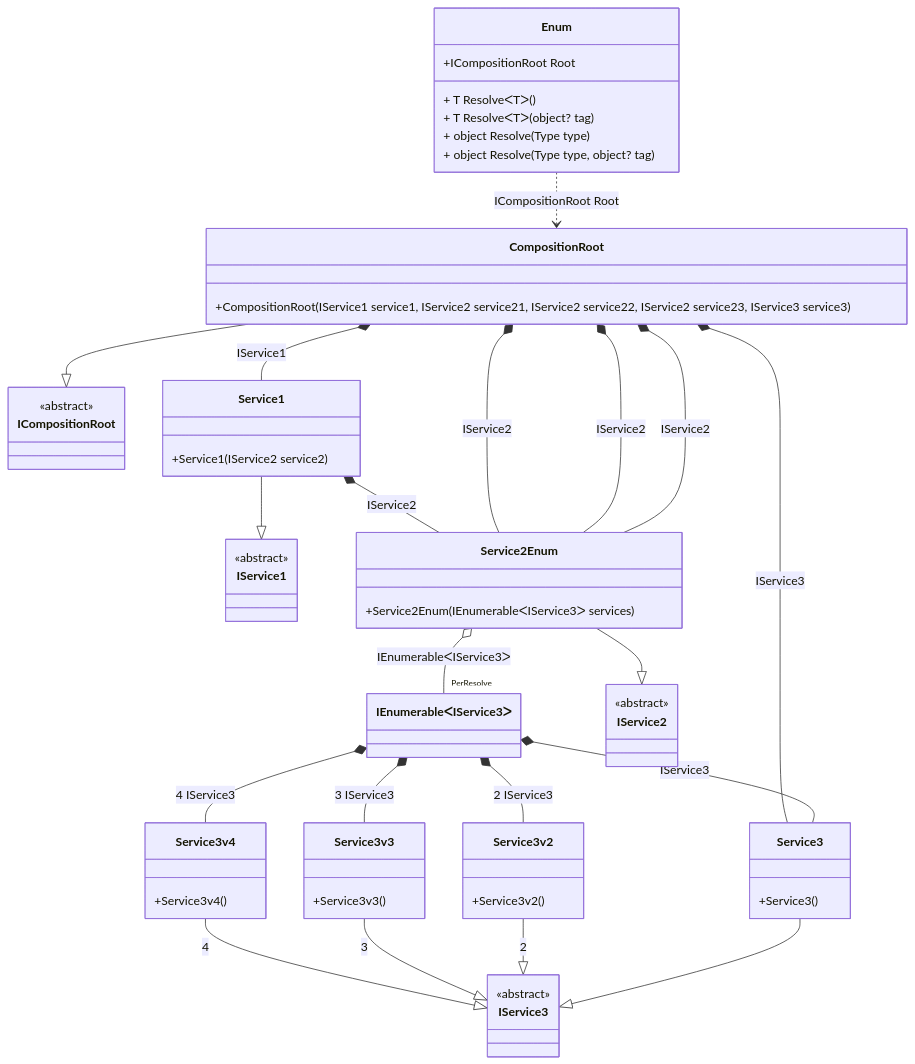
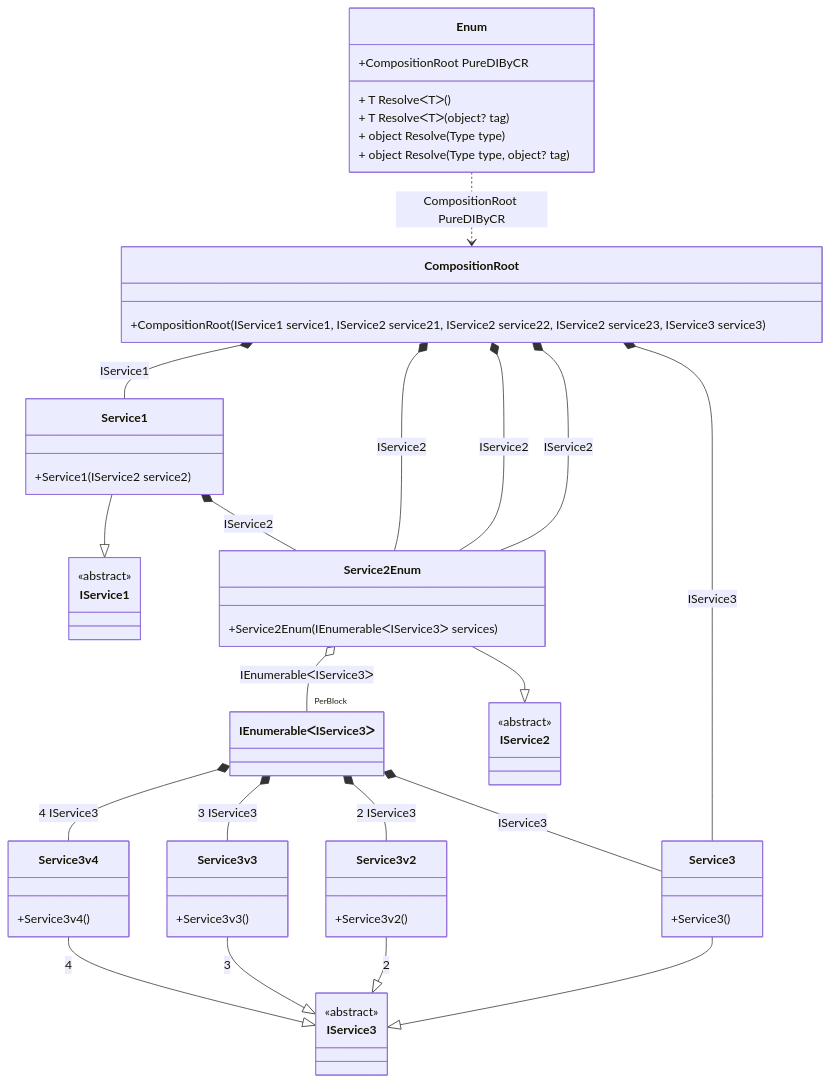
The diagram in readme/EnumDetails.md (DevTeam/Pure.DI), drawn with Mermaid before and after one commit. The commit also changed other lines of this file and 72 other files, not shown here.

````diff
--- a/readme/EnumDetails.md
+++ b/readme/EnumDetails.md
@@ -6,63 +6,59 @@
 ```mermaid
 classDiagram
   class Enum {
-    +ICompositionRoot Root
+    +CompositionRoot PureDIByCR
     + T ResolveᐸTᐳ()
     + T ResolveᐸTᐳ(object? tag)
     + object Resolve(Type type)
     + object Resolve(Type type, object? tag)
   }
-  class IEnumerableᐸIService3ᐳ
-  CompositionRoot --|> ICompositionRoot : 
   class CompositionRoot {
     +CompositionRoot(IService1 service1, IService2 service21, IService2 service22, IService2 service23, IService3 service3)
   }
+  class IEnumerableᐸIService3ᐳ
   Service1 --|> IService1 : 
   class Service1 {
     +Service1(IService2 service2)
   }
   Service2Enum --|> IService2 : 
   class Service2Enum {
     +Service2Enum(IEnumerableᐸIService3ᐳ services)
   }
   Service3 --|> IService3 : 
   class Service3 {
     +Service3()
   }
   Service3v2 --|> IService3 : 2 
   class Service3v2 {
     +Service3v2()
   }
   Service3v3 --|> IService3 : 3 
   class Service3v3 {
     +Service3v3()
   }
   Service3v4 --|> IService3 : 4 
   class Service3v4 {
     +Service3v4()
   }
-  class ICompositionRoot {
-    <<abstract>>
-  }
   class IService1 {
     <<abstract>>
   }
   class IService2 {
     <<abstract>>
   }
   class IService3 {
     <<abstract>>
   }
-  IEnumerableᐸIService3ᐳ *--  Service3 : IService3
-  IEnumerableᐸIService3ᐳ *--  Service3v2 : 2  IService3
-  IEnumerableᐸIService3ᐳ *--  Service3v3 : 3  IService3
-  IEnumerableᐸIService3ᐳ *--  Service3v4 : 4  IService3
   CompositionRoot *--  Service1 : IService1
   CompositionRoot *--  Service2Enum : IService2
   CompositionRoot *--  Service2Enum : IService2
   CompositionRoot *--  Service2Enum : IService2
   CompositionRoot *--  Service3 : IService3
+  IEnumerableᐸIService3ᐳ *--  Service3 : IService3
+  IEnumerableᐸIService3ᐳ *--  Service3v2 : 2  IService3
+  IEnumerableᐸIService3ᐳ *--  Service3v3 : 3  IService3
+  IEnumerableᐸIService3ᐳ *--  Service3v4 : 4  IService3
   Service1 *--  Service2Enum : IService2
-  Service2Enum o--  "PerResolve" IEnumerableᐸIService3ᐳ : IEnumerableᐸIService3ᐳ
-  Enum ..> CompositionRoot : ICompositionRoot Root
+  Service2Enum o--  "PerBlock" IEnumerableᐸIService3ᐳ : IEnumerableᐸIService3ᐳ
+  Enum ..> CompositionRoot : CompositionRoot PureDIByCR
 ```
````
